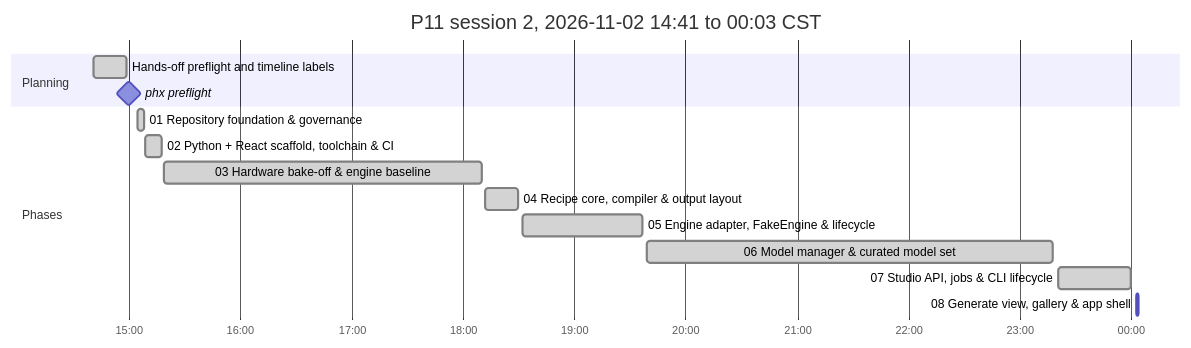
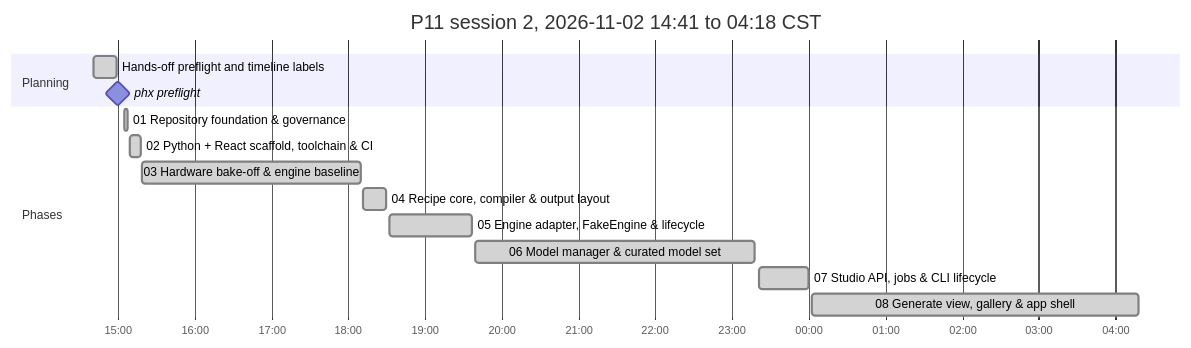
Before and after one commit to antonizick/project1111: the second of 2 diagrams in P11_IMPLEMENTATION_PLAN.md, drawn with Mermaid. The commit also changed other lines of this file and 1 other file, not shown here.

Commit message:
docs(plan): refresh timeline

````diff
--- a/P11_IMPLEMENTATION_PLAN.md
+++ b/P11_IMPLEMENTATION_PLAN.md
@@ -74,18 +74,18 @@
 ```mermaid
 gantt
-    title P11 session 2, 2026-11-02 14:41 to 00:03 CST
+    title P11 session 2, 2026-11-02 14:41 to 04:18 CST
     dateFormat YYYY-MM-DD HH:mm
     axisFormat %H:%M
     section Planning
     Hands-off preflight and timeline labels :done, plan3, 2026-11-02 14:41, 2026-11-02 14:59
     phx preflight :milestone, pf13ee0d5, 2026-11-02 15:00, 0m
     section Phases
     01 Repository foundation & governance :done, p01s2, 2026-11-02 15:05, 2026-11-02 15:08
     02 Python + React scaffold, toolchain & CI :done, p02s2, 2026-11-02 15:09, 2026-11-02 15:18
     03 Hardware bake-off & engine baseline :done, p03s2, 2026-11-02 15:19, 2026-11-02 18:10
     04 Recipe core, compiler & output layout :done, p04s2, 2026-11-02 18:12, 2026-11-02 18:30
     05 Engine adapter, FakeEngine & lifecycle :done, p05s2, 2026-11-02 18:32, 2026-11-02 19:37
     06 Model manager & curated model set :done, p06s2, 2026-11-02 19:39, 2026-11-02 23:18
     07 Studio API, jobs & CLI lifecycle :done, p07s2, 2026-11-02 23:21, 2026-11-03 00:00
-    08 Generate view, gallery & app shell :active, p08s2, 2026-11-03 00:03, 2026-11-03 00:04
+    08 Generate view, gallery & app shell :done, p08s2, 2026-11-03 00:03, 2026-11-03 04:18
 ```
````
